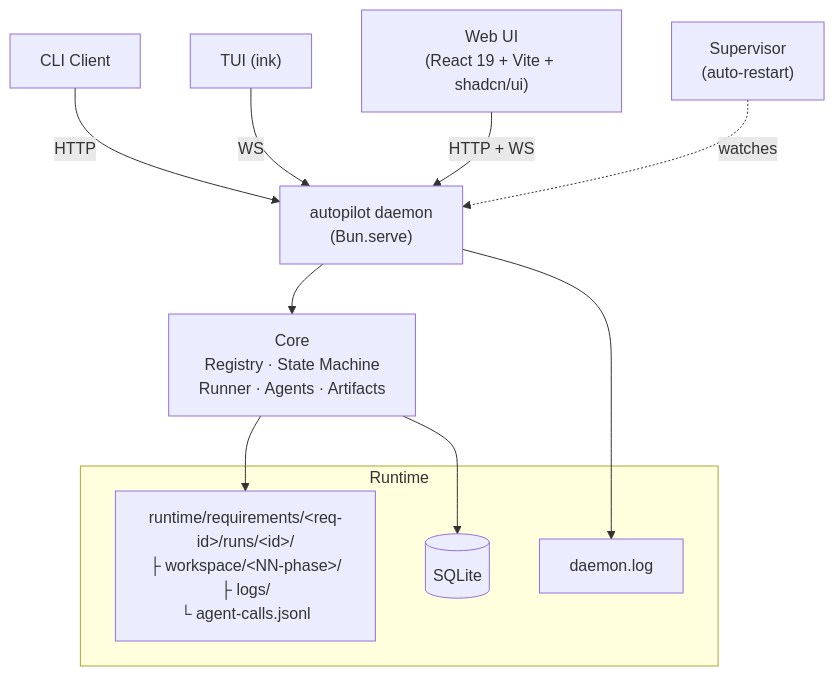
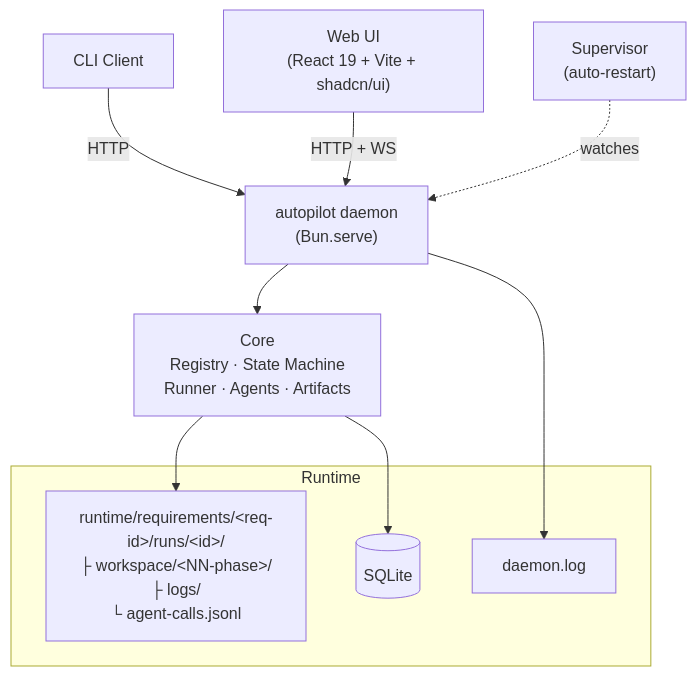
One commit to larrygogo/autopilot changed the diagram in README.en.md. Above: the diagram before and after it, drawn with Mermaid. The commit also changed other lines of this file and 24 other files, not shown here.

````diff
--- a/README.en.md
+++ b/README.en.md
@@ -136,20 +136,19 @@
 ```mermaid
 graph TB
     CLI["CLI Client"] --HTTP--> Daemon
-    TUI["TUI (ink)"] --WS--> Daemon
     Web["Web UI<br/>(React 19 + Vite + shadcn/ui)"] --HTTP + WS--> Daemon
 
     Daemon["autopilot daemon<br/>(Bun.serve)"] --> Core
     Core["Core<br/>Registry · State Machine<br/>Runner · Agents · Artifacts"] --> Workspaces
 
     Supervisor["Supervisor<br/>(auto-restart)"] -.watches.-> Daemon
 
     subgraph Runtime
       Workspaces["runtime/requirements/&lt;req-id&gt;/runs/&lt;id&gt;/<br/>├ workspace/&lt;NN-phase&gt;/<br/>├ logs/<br/>└ agent-calls.jsonl"]
       DB[("SQLite")]
       DaemonLog["daemon.log"]
     end
 
     Core --> DB
     Daemon --> DaemonLog
 ```
````
